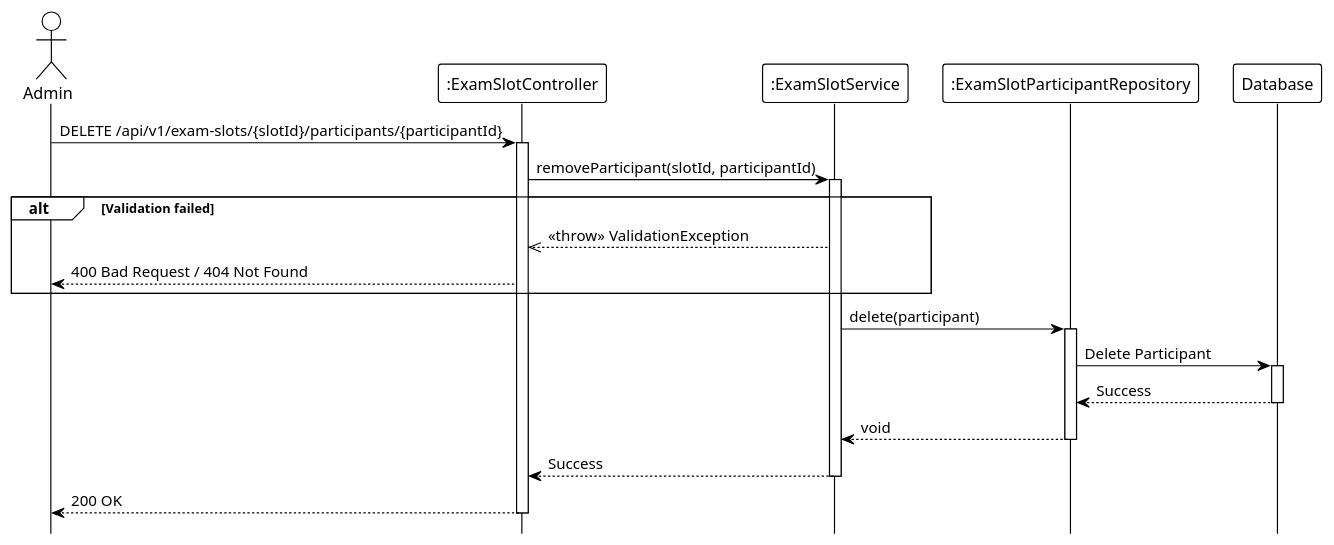
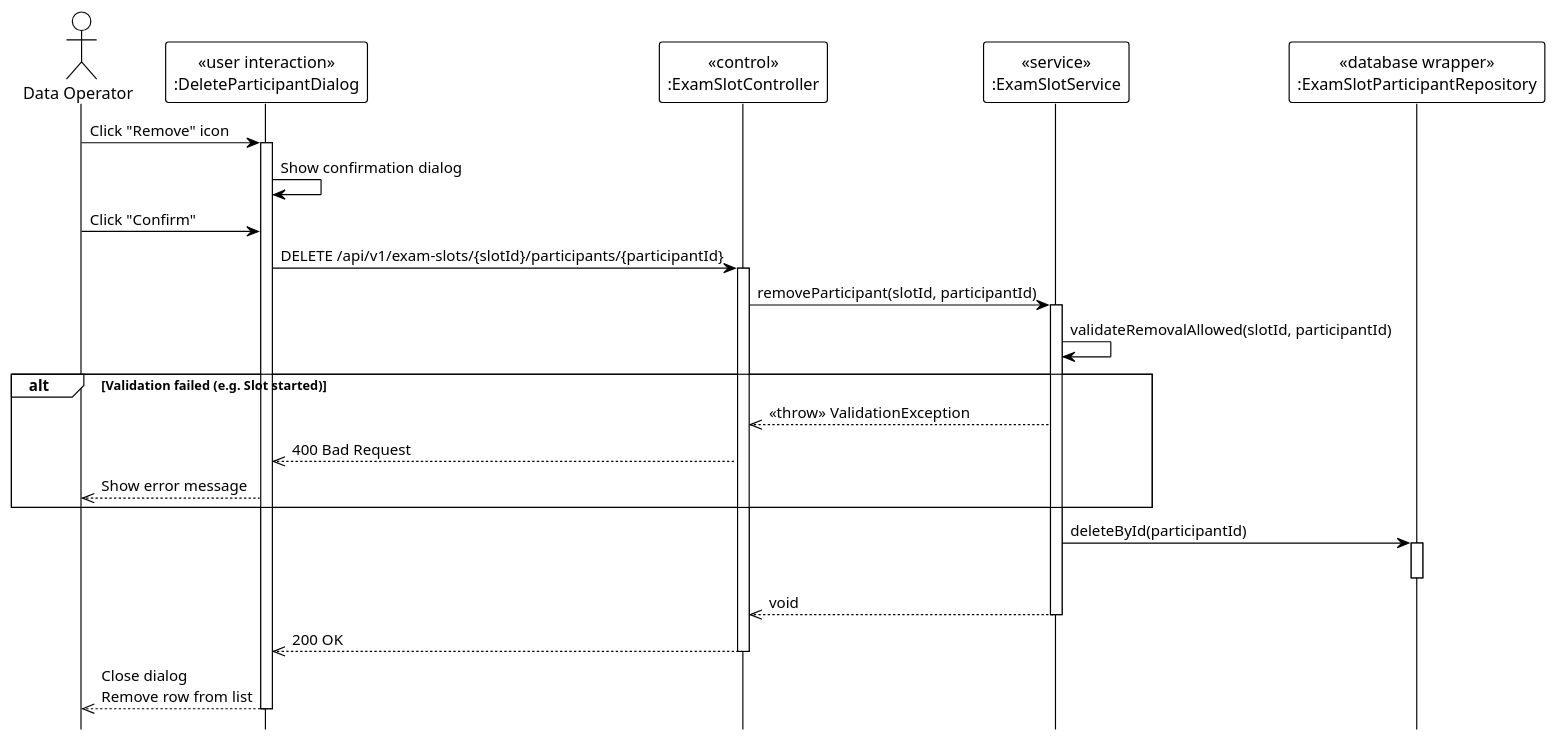
One commit to Ndh474/context changed the diagram in system_detailed_design/40_remove_participant_from_exam_slot/sequence_diagram_remove_participant_from_exam_slot.puml. Above: the diagram before and after it, drawn with PlantUML. The commit also changed 2 other files, not shown here.

Commit message:
docs: Add sequence diagrams for adding, removing, and importing exam slot participants.

```diff
--- a/system_detailed_design/40_remove_participant_from_exam_slot/sequence_diagram_remove_participant_from_exam_slot.puml
+++ b/system_detailed_design/40_remove_participant_from_exam_slot/sequence_diagram_remove_participant_from_exam_slot.puml
@@ -1,42 +1,48 @@
 @startuml remove_participant_from_exam_slot
 !theme plain
 hide footbox
 
-actor Admin
-participant ":ExamSlotController" as Controller
-participant ":ExamSlotService" as Service
-participant ":ExamSlotParticipantRepository" as Repository
-participant "Database" as DB
+actor "Data Operator" as Admin
+
+participant "«user interaction»\n:DeleteParticipantDialog" as UI
+participant "«control»\n:ExamSlotController" as Controller
+participant "«service»\n:ExamSlotService" as Service
+participant "«database wrapper»\n:ExamSlotParticipantRepository" as Repository
 
 ' --- MAIN FLOW ---
-Admin -> Controller: DELETE /api/v1/exam-slots/{slotId}/participants/{participantId}
+Admin -> UI: Click "Remove" icon
+activate UI
+
+UI -> UI: Show confirmation dialog
+
+Admin -> UI: Click "Confirm"
+UI -> Controller: DELETE /api/v1/exam-slots/{slotId}/participants/{participantId}
 activate Controller
 
 Controller -> Service: removeParticipant(slotId, participantId)
 activate Service
 
-' Validation logic (internal: slot/participant validation, delete exam attendance)
+' Validation (Internal)
+Service -> Service: validateRemovalAllowed(slotId, participantId)
 
-alt Validation failed
+alt Validation failed (e.g. Slot started)
     Service -->> Controller: <<throw>> ValidationException
-    Controller --> Admin: 400 Bad Request / 404 Not Found
+    Controller -->> UI: 400 Bad Request
+    UI -->> Admin: Show error message
 end
 
-Service -> Repository: delete(participant)
+' --- DELETE ---
+Service -> Repository: deleteById(participantId)
 activate Repository
-
-Repository -> DB: Delete Participant
-activate DB
-DB --> Repository: Success
-deactivate DB
-
-Repository --> Service: void
 deactivate Repository
 
-Service --> Controller: Success
+Service -->> Controller: void
 deactivate Service
 
-Controller --> Admin: 200 OK
+Controller -->> UI: 200 OK
 deactivate Controller
 
+UI -->> Admin: Close dialog\nRemove row from list
+deactivate UI
+
 @enduml
```
